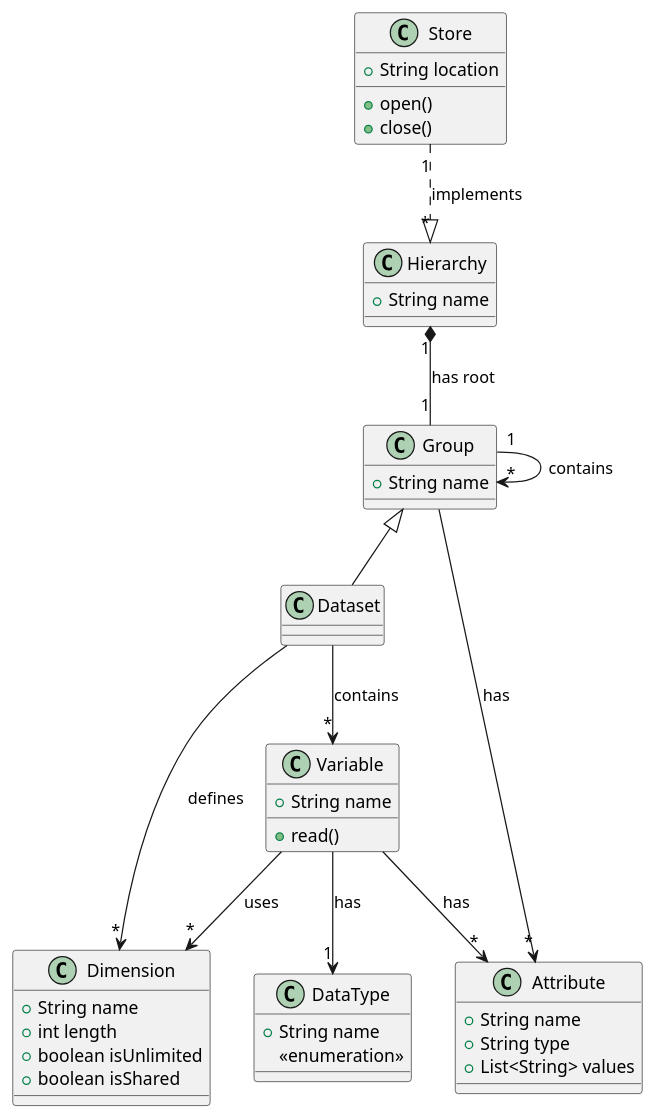
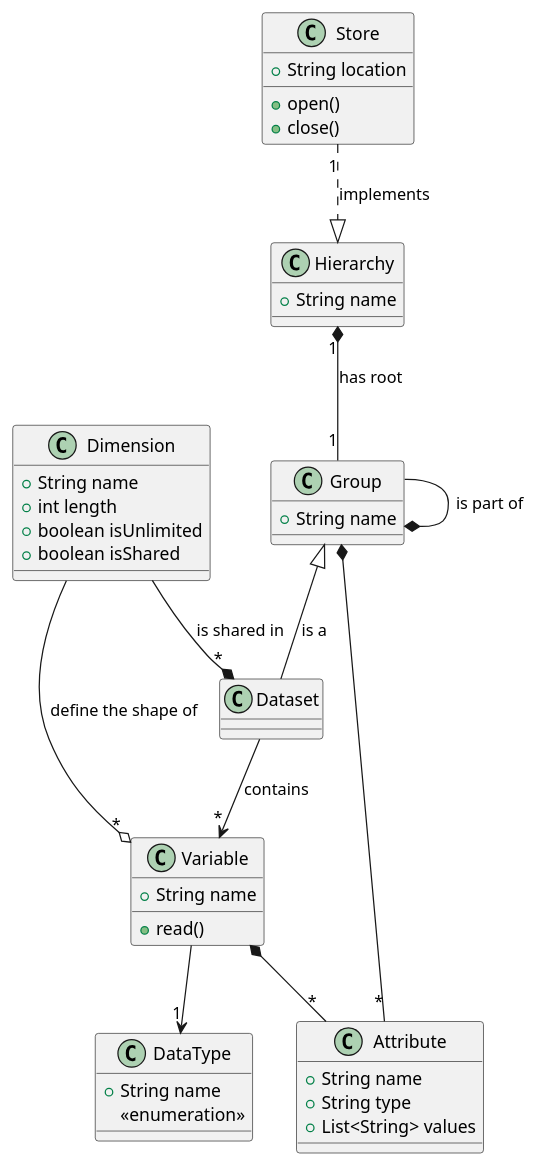
One commit to zarr-developers/geozarr-spec changed the diagram in standard/template/sections/clause_7_unified_data_model.adoc. Above: the diagram before and after it, drawn with PlantUML.

Commit message:
Refine Unified Data Model relationships by correcting notation and enhancing clarity in class diagram

```diff
--- a/standard/template/sections/clause_7_unified_data_model.adoc
+++ b/standard/template/sections/clause_7_unified_data_model.adoc
@@ -130,56 +130,56 @@
 [plantuml, cdm_model, svg, opts="debug"]
 ....
 @startuml CDM_DAL_Object_Model
 
 class Store {
     + String location
     + open()
     + close()
 }
 
 class Hierarchy {
     + String name
 }
 
 class Group {
     + String name
 }
 
 class Dataset {
 }
 
 class Dimension {
     + String name
     + int length
     + boolean isUnlimited
     + boolean isShared
 }
 
 class Variable {
     + String name
     + read()
 }
 
 class DataType {
     + String name
     <<enumeration>>
 }
 
 class Attribute {
     + String name
     + String type
     + List<String> values
 }
 
-Store "1" ..|> "*" Hierarchy : implements
+Store "1" ..|> Hierarchy : implements
 Hierarchy "1" *-- "1" Group : has root
-Group "1" --> "*" Group : contains
-Dataset -up-|> Group
+Group --* Group : is part of
+Dataset -up-|> Group : is a
 Dataset --> "*" Variable : contains
-Dataset --> "*" Dimension : defines
-Group --> "*" Attribute : has
-Variable --> "*" Dimension : uses
-Variable --> "1" DataType : has
-Variable --> "*" Attribute : has
+Dimension --* "*" Dataset : is shared in
+Group *-- "*" Attribute
+Dimension --o "*" Variable : define the shape of
+Variable --> "1" DataType
+Variable *-- "*" Attribute
 @enduml
 ....
```
